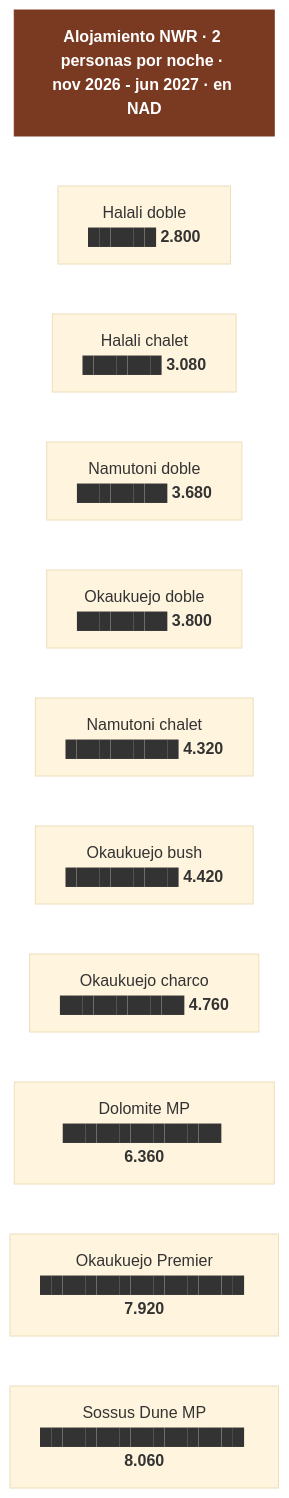
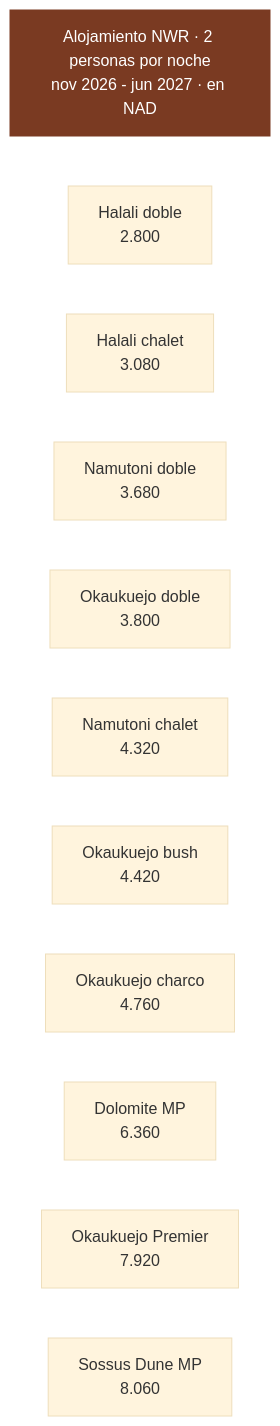
Before and after one commit to morandeirachema/namibia: the third of 4 diagrams in 03-alojamiento-y-tasas.md, drawn with Mermaid (base theme). The commit also changed other lines of this file and 14 other files, not shown here.

Commit message:
Arreglar el renderizado de los diagramas en GitHub: fuera emojis, negritas y barras ASCII de dentro de los nodos, que descuadraban la medida y recortaban el texto

````diff
--- a/03-alojamiento-y-tasas.md
+++ b/03-alojamiento-y-tasas.md
@@ -89,25 +89,25 @@
 ```mermaid
 flowchart TD
-    T["<b>Alojamiento NWR · 2 personas por noche · nov 2026 - jun 2027 · en NAD</b>"]
-    n0["Halali doble<br/>██████ <b>2.800</b>"]
-    n1["Halali chalet<br/>███████ <b>3.080</b>"]
-    n2["Namutoni doble<br/>████████ <b>3.680</b>"]
-    n3["Okaukuejo doble<br/>████████ <b>3.800</b>"]
-    n4["Namutoni chalet<br/>██████████ <b>4.320</b>"]
-    n5["Okaukuejo bush<br/>██████████ <b>4.420</b>"]
-    n6["Okaukuejo charco<br/>███████████ <b>4.760</b>"]
-    n7["Dolomite MP<br/>██████████████ <b>6.360</b>"]
-    n8["Okaukuejo Premier<br/>██████████████████ <b>7.920</b>"]
-    n9["Sossus Dune MP<br/>██████████████████ <b>8.060</b>"]
+    T["Alojamiento NWR · 2 personas por noche<br/>nov 2026 - jun 2027 · en NAD"]
+    n0["Halali doble<br/>2.800"]
+    n1["Halali chalet<br/>3.080"]
+    n2["Namutoni doble<br/>3.680"]
+    n3["Okaukuejo doble<br/>3.800"]
+    n4["Namutoni chalet<br/>4.320"]
+    n5["Okaukuejo bush<br/>4.420"]
+    n6["Okaukuejo charco<br/>4.760"]
+    n7["Dolomite MP<br/>6.360"]
+    n8["Okaukuejo Premier<br/>7.920"]
+    n9["Sossus Dune MP<br/>8.060"]
     T ~~~ n0
     n0 ~~~ n1
     n1 ~~~ n2
     n2 ~~~ n3
     n3 ~~~ n4
     n4 ~~~ n5
     n5 ~~~ n6
     n6 ~~~ n7
     n7 ~~~ n8
     n8 ~~~ n9
     style T fill:#7a3a22,color:#fff,stroke:#7a3a22
 ```
````
